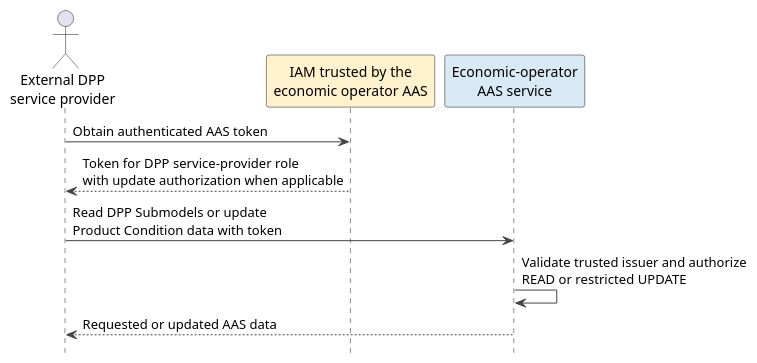
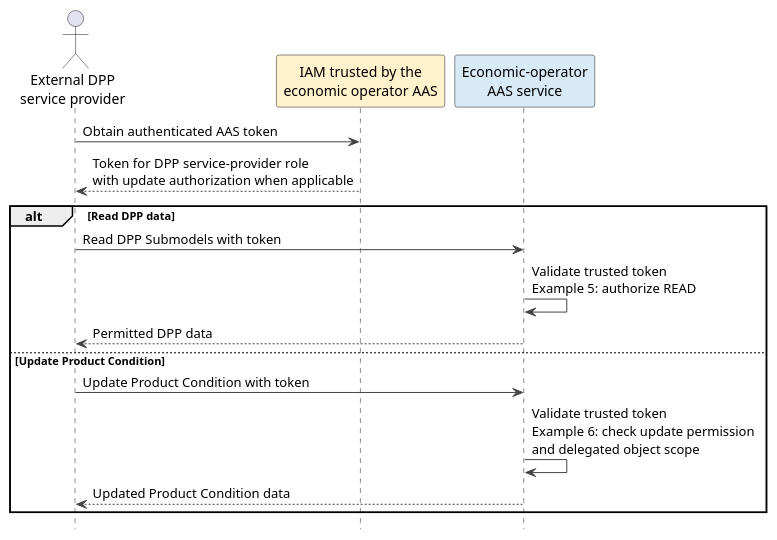
The diagram in documentation/IDTA-01004/modules/ROOT/partials/diagrams/dpp-service-provider-update.puml (Martin187187/aas-specs-security), drawn with PlantUML before and after one commit. The commit also changed 8 other files, not shown here.

```diff
--- a/documentation/IDTA-01004/modules/ROOT/partials/diagrams/dpp-service-provider-update.puml
+++ b/documentation/IDTA-01004/modules/ROOT/partials/diagrams/dpp-service-provider-update.puml
@@ -1,18 +1,24 @@
 @startuml
 ' Copyright (c) 2026 Industrial Digital Twin Association
 ' SPDX-License-Identifier: CC-BY-4.0
 
 skinparam shadowing false
 skinparam ArrowColor #444444
 hide footbox
 
 actor "External DPP\nservice provider" as Provider
 participant "IAM trusted by the\neconomic operator AAS" as IAM #FFF2CC
 participant "Economic-operator\nAAS service" as AAS #D9EAF7
 
 Provider -> IAM : Obtain authenticated AAS token
 IAM --> Provider : Token for DPP service-provider role\nwith update authorization when applicable
-Provider -> AAS : Read DPP Submodels or update\nProduct Condition data with token
-AAS -> AAS : Validate trusted issuer and authorize\nREAD or restricted UPDATE
-AAS --> Provider : Requested or updated AAS data
+alt Read DPP data
+  Provider -> AAS : Read DPP Submodels with token
+  AAS -> AAS : Validate trusted token\nExample 5: authorize READ
+  AAS --> Provider : Permitted DPP data
+else Update Product Condition
+  Provider -> AAS : Update Product Condition with token
+  AAS -> AAS : Validate trusted token\nExample 6: check update permission\nand delegated object scope
+  AAS --> Provider : Updated Product Condition data
+end
 @enduml
```
